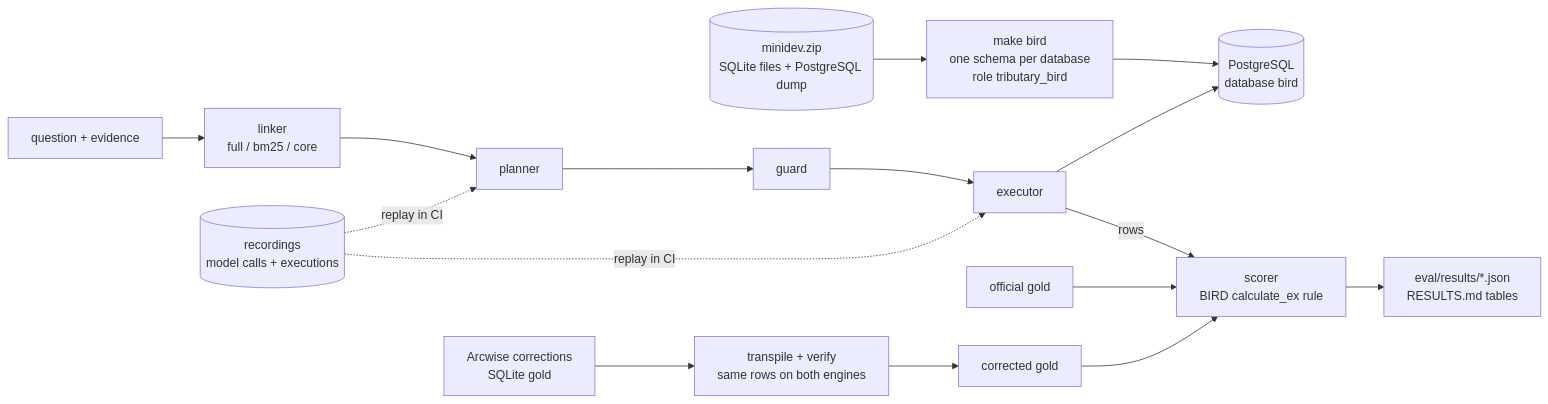
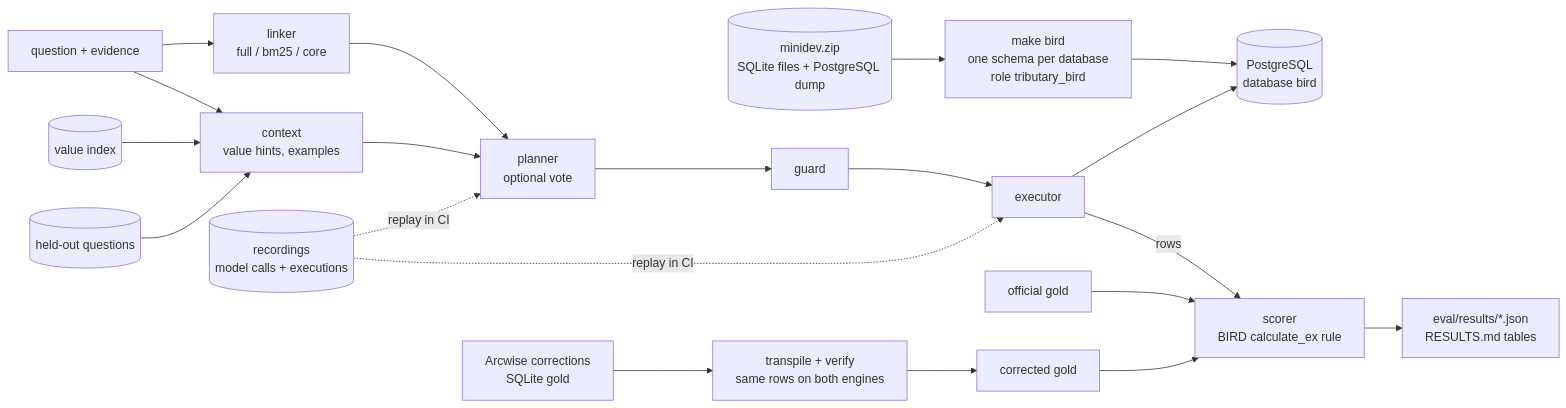
Before and after one commit to TheAsianFish/tributary: the second of 2 diagrams in README.md, drawn with Mermaid. The commit also changed other lines of this file and 40 other files, not shown here.

First line of the commit message:
M7: Agent quality — value retrieval (literal matching against the value index), few-shot examples drawn from d (#8)

````diff
--- a/README.md
+++ b/README.md
@@ -399,16 +399,20 @@
 ```mermaid
 flowchart LR
     Z[(minidev.zip<br/>SQLite files + PostgreSQL dump)] --> LOAD[make bird<br/>one schema per database<br/>role tributary_bird]
     LOAD --> PG[(PostgreSQL<br/>database bird)]
     ARC[Arcwise corrections<br/>SQLite gold] --> TV[transpile + verify<br/>same rows on both engines]
     TV --> CG[corrected gold]
     Q[question + evidence] --> LK[linker<br/>full / bm25 / core]
-    LK --> PL[planner] --> GD[guard] --> RUN[executor]
+    Q --> CX[context<br/>value hints, examples]
+    VI[(value index)] --> CX
+    EX[(held-out questions)] --> CX
+    LK --> PL[planner<br/>optional vote] --> GD[guard] --> RUN[executor]
+    CX --> PL
     RUN --> PG
     RUN -->|rows| SC[scorer<br/>BIRD calculate_ex rule]
     OG[official gold] --> SC
     CG --> SC
     SC --> R[eval/results/*.json<br/>RESULTS.md tables]
     REC[(recordings<br/>model calls + executions)] -. replay in CI .-> PL
     REC -. replay in CI .-> RUN
 ```
````
